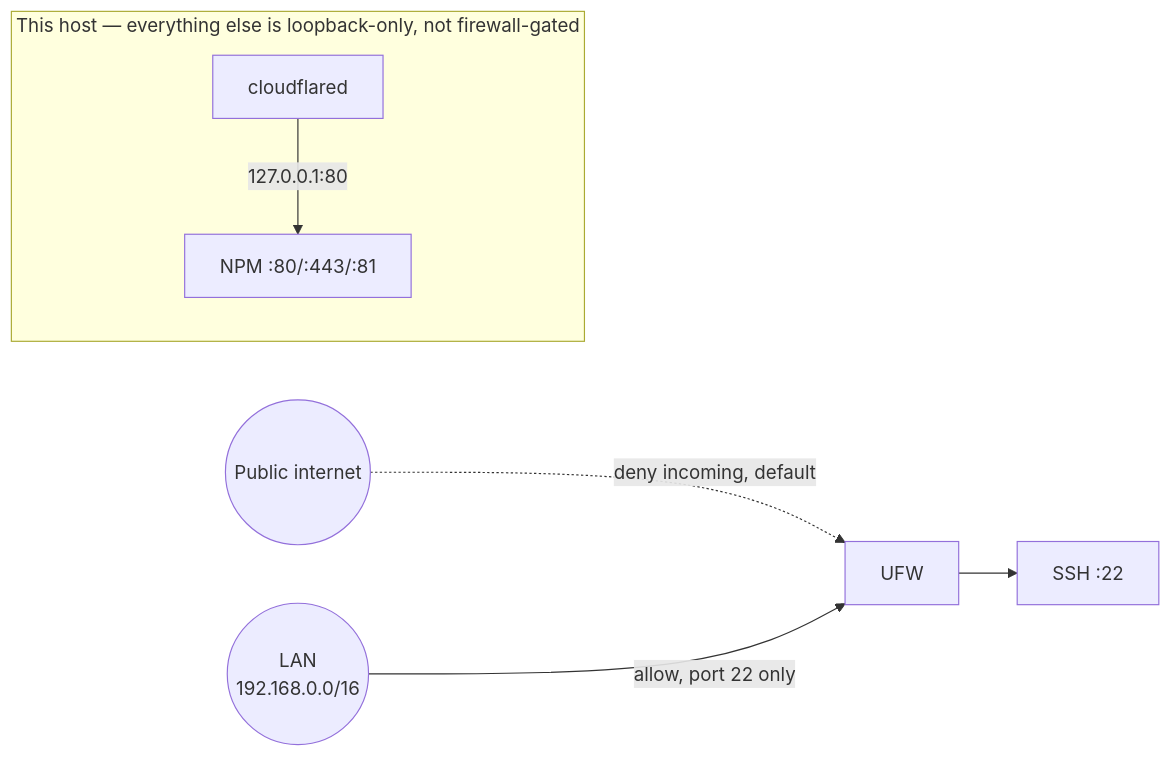
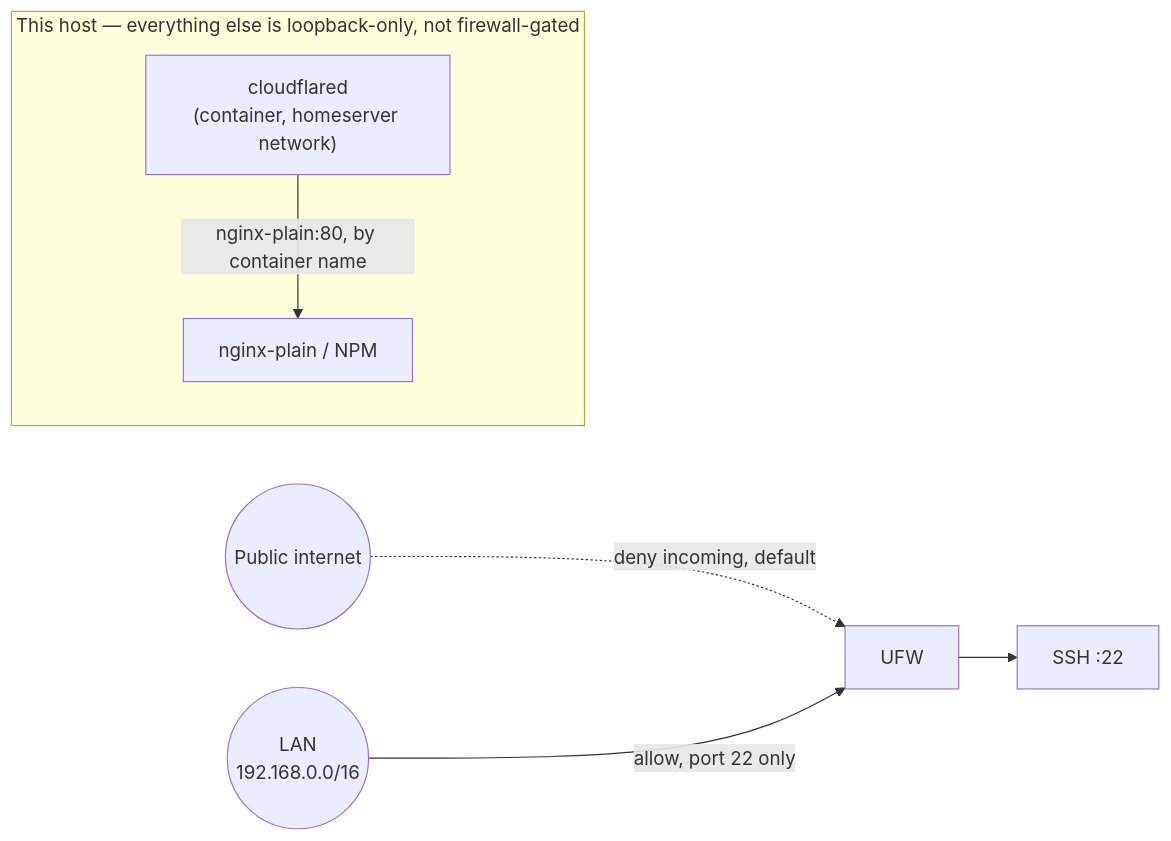
One commit to rajubhimani/homeserver changed the first of 2 diagrams in docs/09-firewall.md. Above: the diagram before and after it, drawn with Mermaid. The commit also changed other lines of this file and 43 other files, not shown here.

````diff
--- a/docs/09-firewall.md
+++ b/docs/09-firewall.md
@@ -64,9 +63,9 @@
 ```mermaid
 flowchart LR
     Internet(("Public internet")) -.->|deny incoming, default| FW["UFW"]
     LAN(("LAN<br/>192.168.0.0/16")) -->|allow, port 22 only| FW
     FW --> SSH["SSH :22"]
     subgraph Host["This host — everything else is loopback-only, not firewall-gated"]
-        CT[cloudflared] -->|127.0.0.1:80| NPM["NPM :80/:443/:81"]
+        CT["cloudflared<br/>(container, homeserver network)"] -->|nginx-plain:80, by container name| NX["nginx-plain / NPM"]
     end
 ```
````
